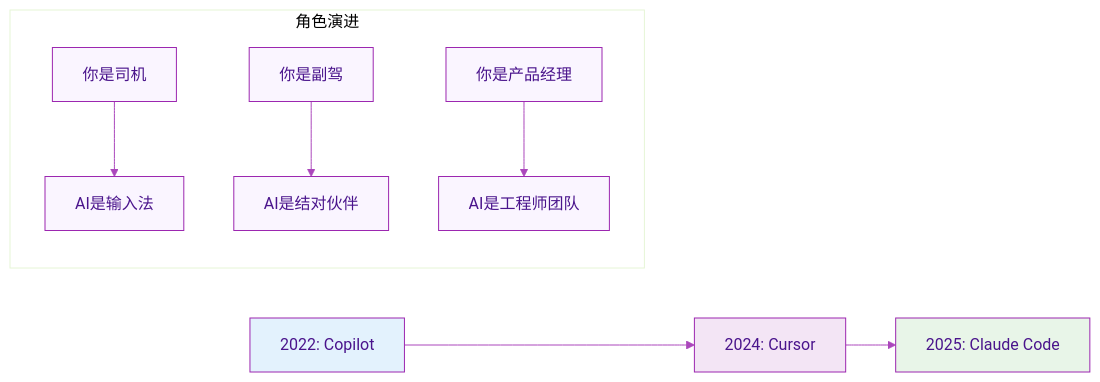
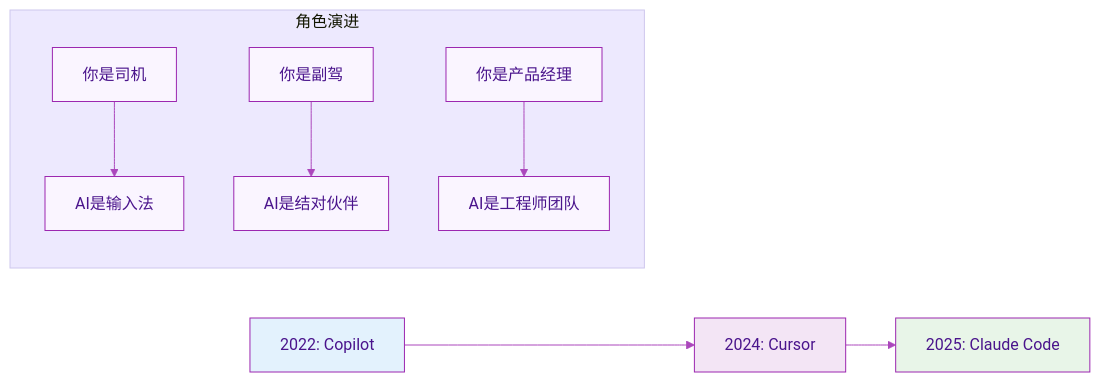
One commit to microwind/ai-skills changed the third of 19 diagrams in docs/claude/ClaudeCodeAI编程完全指南.md. Above: the diagram before and after it, drawn with Mermaid. The commit also changed other lines of this file and 1 other file, not shown here.

````diff
--- a/docs/claude/ClaudeCodeAI编程完全指南.md
+++ b/docs/claude/ClaudeCodeAI编程完全指南.md
@@ -59,16 +88,16 @@
 ```mermaid
-%%{init: {'theme': 'base', 'themeVariables': { 'primaryColor': '#faf5ff', 'primaryTextColor': '#4a148c', 'primaryBorderColor': '#9c27b0', 'lineColor': '#ab47bc', 'fillType0': '#f3e5f5', 'fillType1': '#e1bee7', 'fillType2': '#ce93d8' }}}%%
+%%{init: {'theme': 'base', 'themeVariables': { 'background': '#faf5ff', 'secondaryColor': '#f3e8ff', 'tertiaryColor': '#ede9fe', 'primaryColor': '#faf5ff', 'primaryTextColor': '#4a148c', 'primaryBorderColor': '#9c27b0', 'lineColor': '#ab47bc', 'fillType0': '#f3e5f5', 'fillType1': '#e1bee7', 'fillType2': '#ce93d8' }}}%%
 graph LR
     A[2022: Copilot] --> B[2024: Cursor]
     B --> C[2025: Claude Code]
     
     subgraph "角色演进"
         A1[你是司机] --> A2[AI是输入法]
         B1[你是副驾] --> B2[AI是结对伙伴]
         C1[你是产品经理] --> C2[AI是工程师团队]
     end
     
     style A fill:#e3f2fd
     style B fill:#f3e5f5
     style C fill:#e8f5e8
 ```
````
